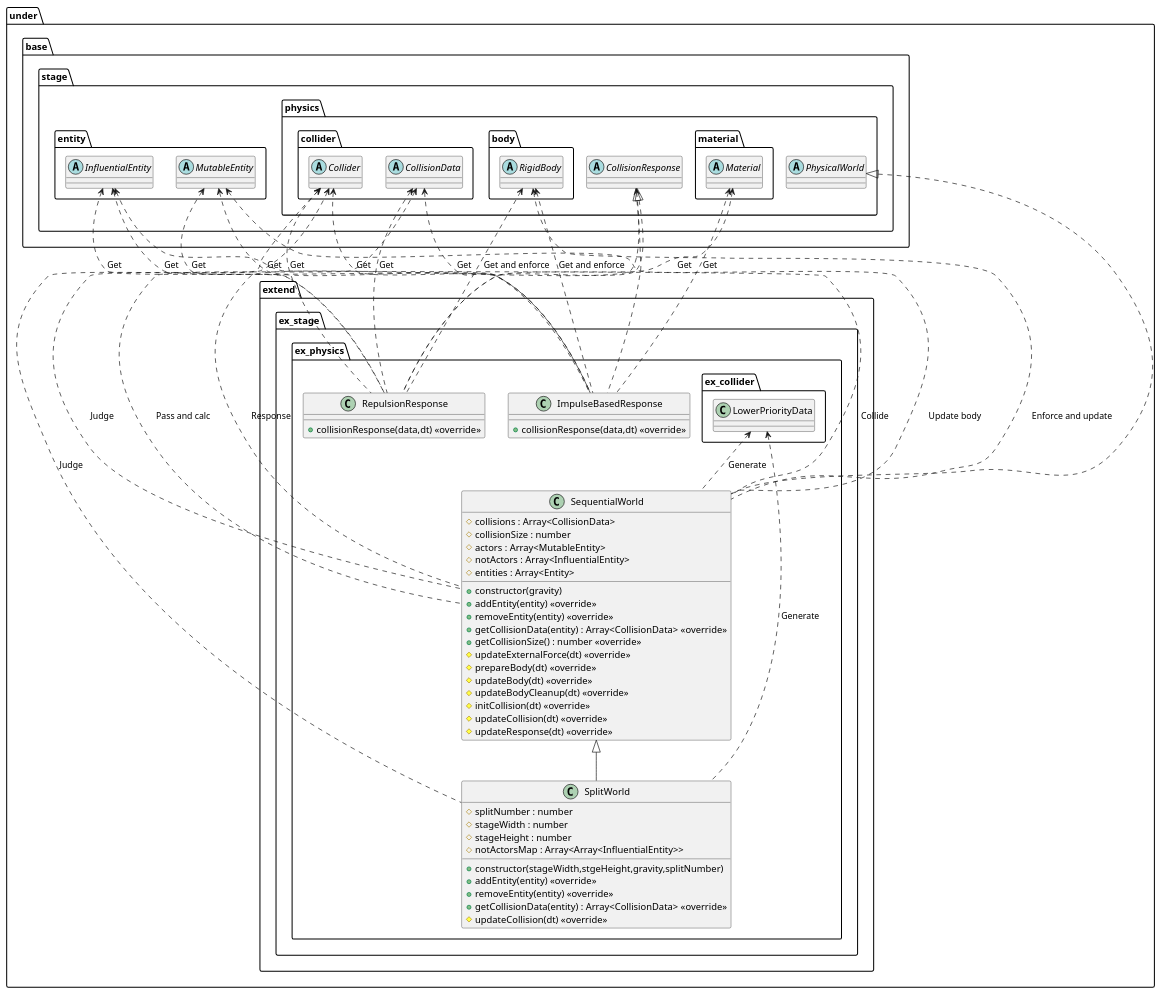
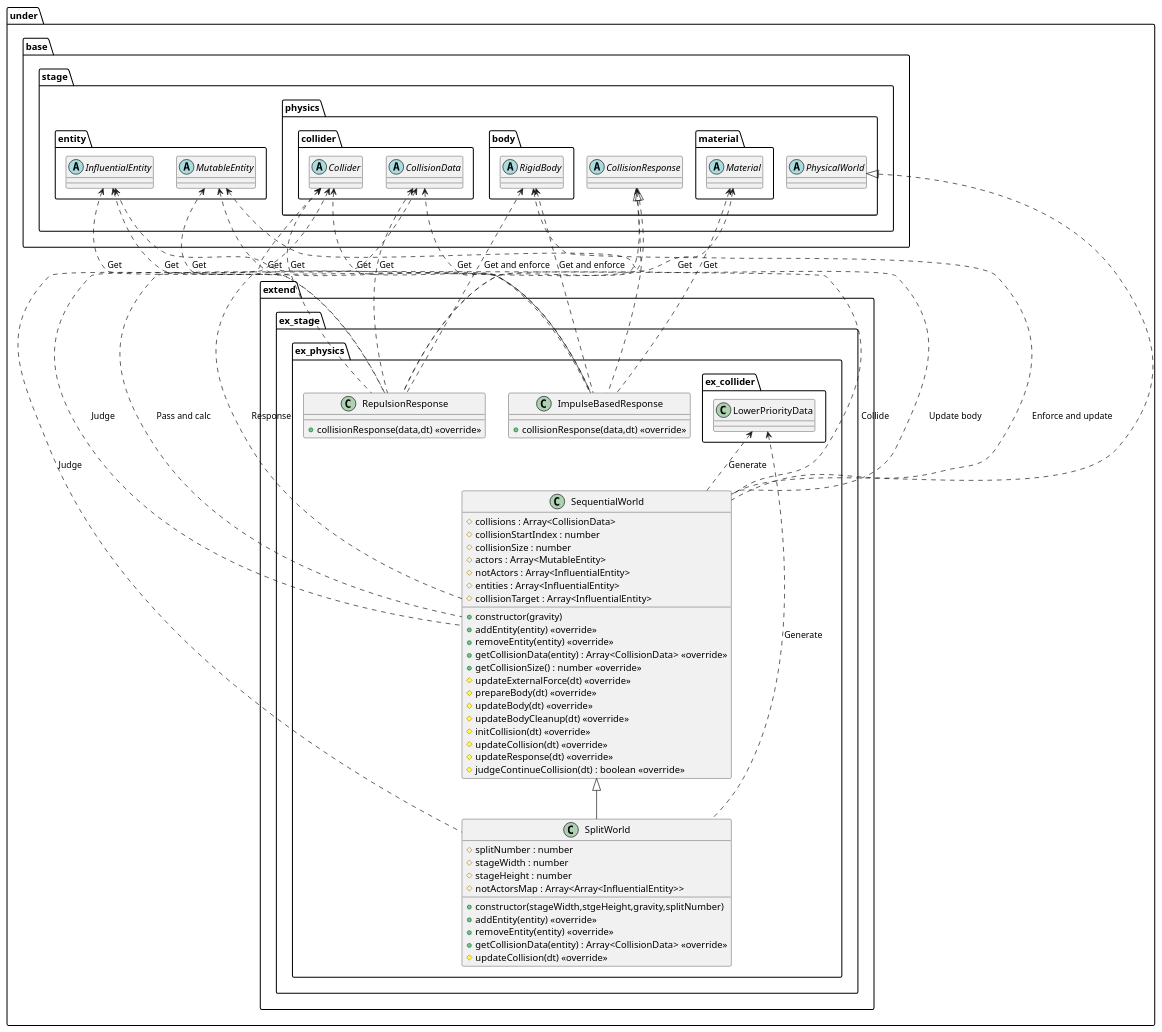
Before and after one commit to Expine/Under: the diagram in uml/stage/ExtendPhysics.wsd, drawn with PlantUML. The commit also changed 37 other files, not shown here.

```diff
--- a/uml/stage/ExtendPhysics.wsd
+++ b/uml/stage/ExtendPhysics.wsd
@@ -1,111 +1,114 @@
 @startuml StageExtend
 package under {
     package extend {
         package ex_stage {
             package ex_physics {
                 class SequentialWorld {
                     +constructor(gravity)
                     #collisions : Array<CollisionData>
+                    #collisionStartIndex : number
                     #collisionSize : number
                     #actors : Array<MutableEntity>
                     #notActors : Array<InfluentialEntity>
-                    #entities : Array<Entity>
+                    #entities : Array<InfluentialEntity>
+                    #collisionTarget : Array<InfluentialEntity>
                     +addEntity(entity) <<override>>
                     +removeEntity(entity) <<override>>
                     +getCollisionData(entity) : Array<CollisionData> <<override>>
                     +getCollisionSize() : number <<override>>
                     #updateExternalForce(dt) <<override>>
                     #prepareBody(dt) <<override>>
                     #updateBody(dt) <<override>>
                     #updateBodyCleanup(dt) <<override>>
                     #initCollision(dt) <<override>>
                     #updateCollision(dt) <<override>>
                     #updateResponse(dt) <<override>>
+                    #judgeContinueCollision(dt) : boolean <<override>>
                 }
                 class SplitWorld {
                     +constructor(stageWidth,stgeHeight,gravity,splitNumber)
                     #splitNumber : number
                     #stageWidth : number
                     #stageHeight : number
                     #notActorsMap : Array<Array<InfluentialEntity>>
                     +addEntity(entity) <<override>>
                     +removeEntity(entity) <<override>>
                     +getCollisionData(entity) : Array<CollisionData> <<override>>
                     #updateCollision(dt) <<override>>
                 }
                 class ImpulseBasedResponse {
                     +collisionResponse(data,dt) <<override>>
                 }
                 class RepulsionResponse {
                     +collisionResponse(data,dt) <<override>>
                 }
             }
         }
     }
 }
 
 package under {
     package base {
         package stage {
             package physics {
                 abstract PhysicalWorld
                 abstract CollisionResponse
                 package material {
                     abstract Material
                 }
                 package collider {
                     abstract Collider
                     abstract CollisionData
                 }
                 package body {
                     abstract RigidBody
                 }
             }
             package entity {
                 abstract InfluentialEntity
                 abstract MutableEntity
             }
         }
     }
     package extend {
         package ex_stage {
             package ex_physics {
                 package ex_collider {
                     class LowerPriorityData
                 }
             }
         }
     }
 }
 
 InfluentialEntity <.. SequentialWorld : Collide
 MutableEntity <.. SequentialWorld : Update body
 CollisionData <.. SequentialWorld : Pass and calc
 Collider <.. SequentialWorld : Judge
 RigidBody <.. SequentialWorld : Enforce and update
 CollisionResponse <.. SequentialWorld : Response
 LowerPriorityData <.. SequentialWorld : Generate
 
 Collider <.. SplitWorld : Judge
 LowerPriorityData <.. SplitWorld : Generate
 
 RigidBody <.. ImpulseBasedResponse : Get and enforce
 Material <.. ImpulseBasedResponse : Get
 Collider <.. ImpulseBasedResponse : Get
 InfluentialEntity <.. ImpulseBasedResponse : Get
 MutableEntity <.. ImpulseBasedResponse : Get
 CollisionData <.. ImpulseBasedResponse : Get
 
 RigidBody <.. RepulsionResponse : Get and enforce
 Material <.. RepulsionResponse : Get
 Collider <.. RepulsionResponse : Get
 InfluentialEntity <.. RepulsionResponse : Get
 CollisionData <.. RepulsionResponse : Get
 MutableEntity <.. RepulsionResponse : Get
 
 PhysicalWorld <|.. SequentialWorld
 SequentialWorld <|-- SplitWorld
 CollisionResponse <|.. ImpulseBasedResponse
 CollisionResponse <|.. RepulsionResponse
 
 @enduml
```
